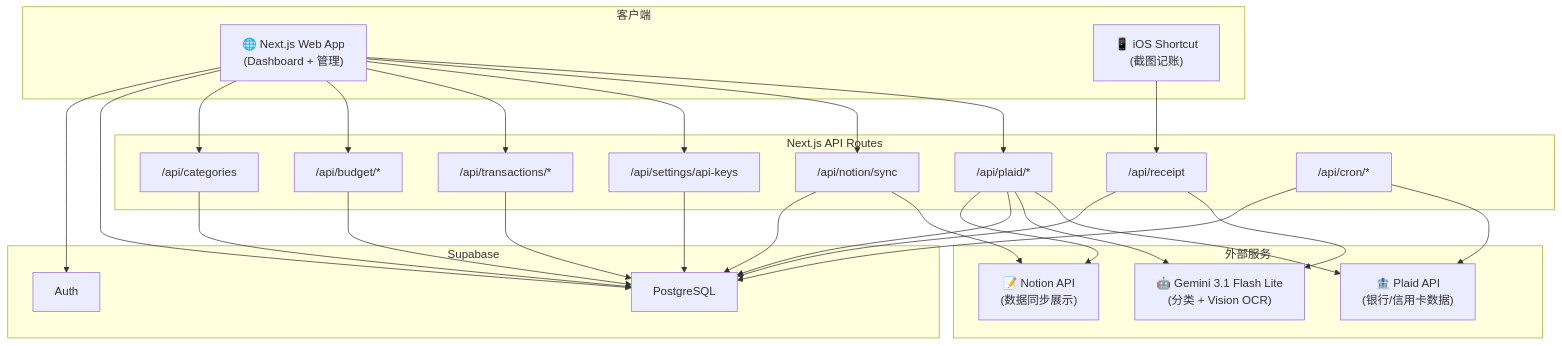
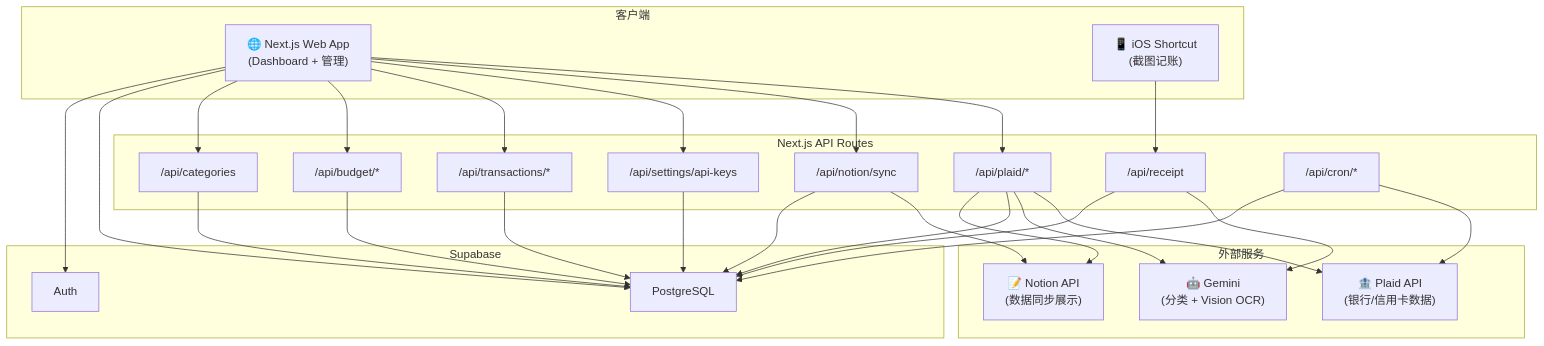
Before and after one commit to Maple0517/accountant: the diagram in docs/ARCHITECTURE.md, drawn with Mermaid. The commit also changed other lines of this file and 37 other files, not shown here.

Commit message:
fix: harden finance sync and receipt flows

````diff
--- a/docs/ARCHITECTURE.md
+++ b/docs/ARCHITECTURE.md
@@ -9,40 +9,40 @@
 ```mermaid
 graph TB
     subgraph "客户端"
         A["🌐 Next.js Web App<br/>(Dashboard + 管理)"]
         B["📱 iOS Shortcut<br/>(截图记账)"]
     end
 
     subgraph "Next.js API Routes"
         C1["/api/plaid/*"]
         C2["/api/notion/sync"]
         C3["/api/receipt"]
         C4["/api/settings/api-keys"]
         C5["/api/transactions/*"]
         C6["/api/budget/*"]
         C7["/api/categories"]
         C8["/api/cron/*"]
     end
 
     subgraph "外部服务"
         E["🏦 Plaid API<br/>(银行/信用卡数据)"]
         F["📝 Notion API<br/>(数据同步展示)"]
-        G["🤖 Gemini 3.1 Flash Lite<br/>(分类 + Vision OCR)"]
+        G["🤖 Gemini<br/>(分类 + Vision OCR)"]
     end
 
     subgraph "Supabase"
         H["PostgreSQL"]
         I["Auth"]
     end
 
     A --> C1 & C2 & C4 & C5 & C6 & C7
     B --> C3
     C1 --> E & G & H & F
     C2 --> F & H
     C3 --> G & H
     C4 & C5 --> H
     C6 & C7 --> H
     C8 --> E & H
     A --> H
     A --> I
 ```
````
